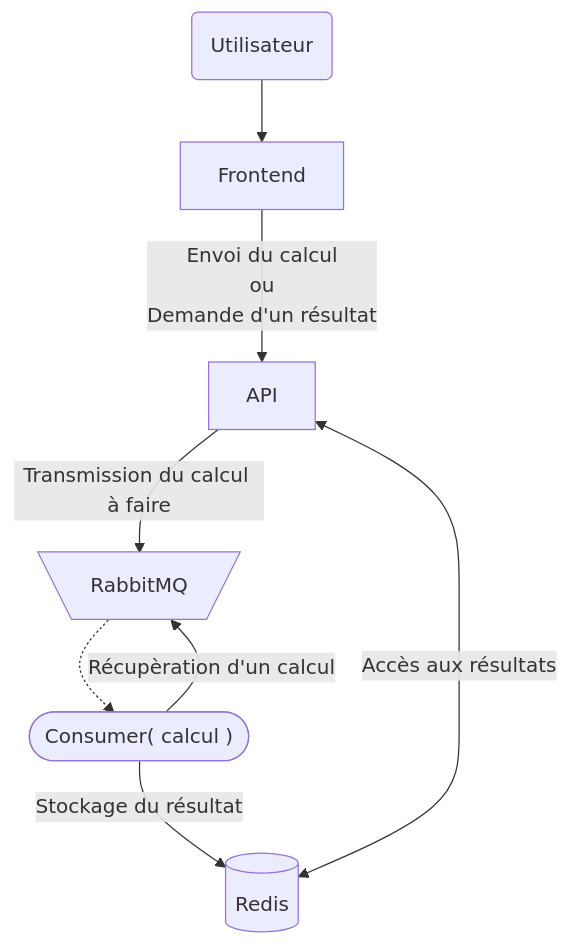
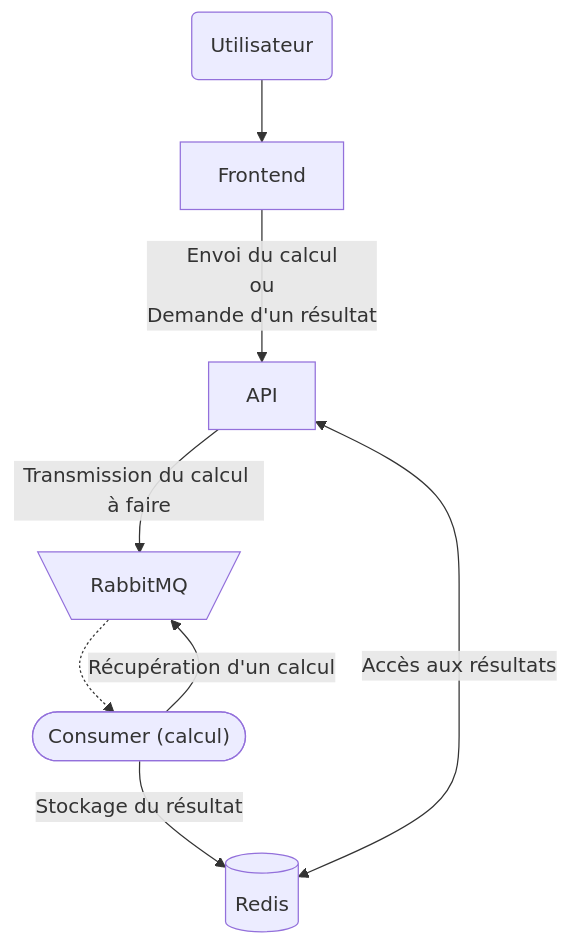
The second of 2 diagrams in Projet/README.md (Noureddine-t/virtualisation-et-cloud-computing), drawn with Mermaid before and after one commit. The commit also changed other lines of this file, not shown here.

````diff
--- a/Projet/README.md
+++ b/Projet/README.md
@@ -33,8 +41,8 @@
-  ```mermaid
-  graph TB;
-      A(Utilisateur) --> B[Frontend]
-      B -->|"Envoi du calcul <br> ou <br> Demande d'un résultat"| C[API]
-      C -->|Transmission du calcul à faire | E[\RabbitMQ/] -.-> F(["Consumer( calcul )"]) -->|Récupèration d'un calcul| E
-      F -->|Stockage du résultat| D
-      C <-->|Accès aux résultats| D[(Redis)]
-  ```
+```mermaid
+    graph TB; 
+        A(Utilisateur) --> B[Frontend]
+        B -->|"Envoi du calcul <br> ou <br> Demande d'un résultat"| C[API]
+        C -->|Transmission du calcul à faire| E[\RabbitMQ/] -.-> F(["Consumer (calcul)"]) -->|Récupération d'un calcul| E
+        F -->|Stockage du résultat| D
+        C <-->|Accès aux résultats| D[(Redis)]
+```
````
